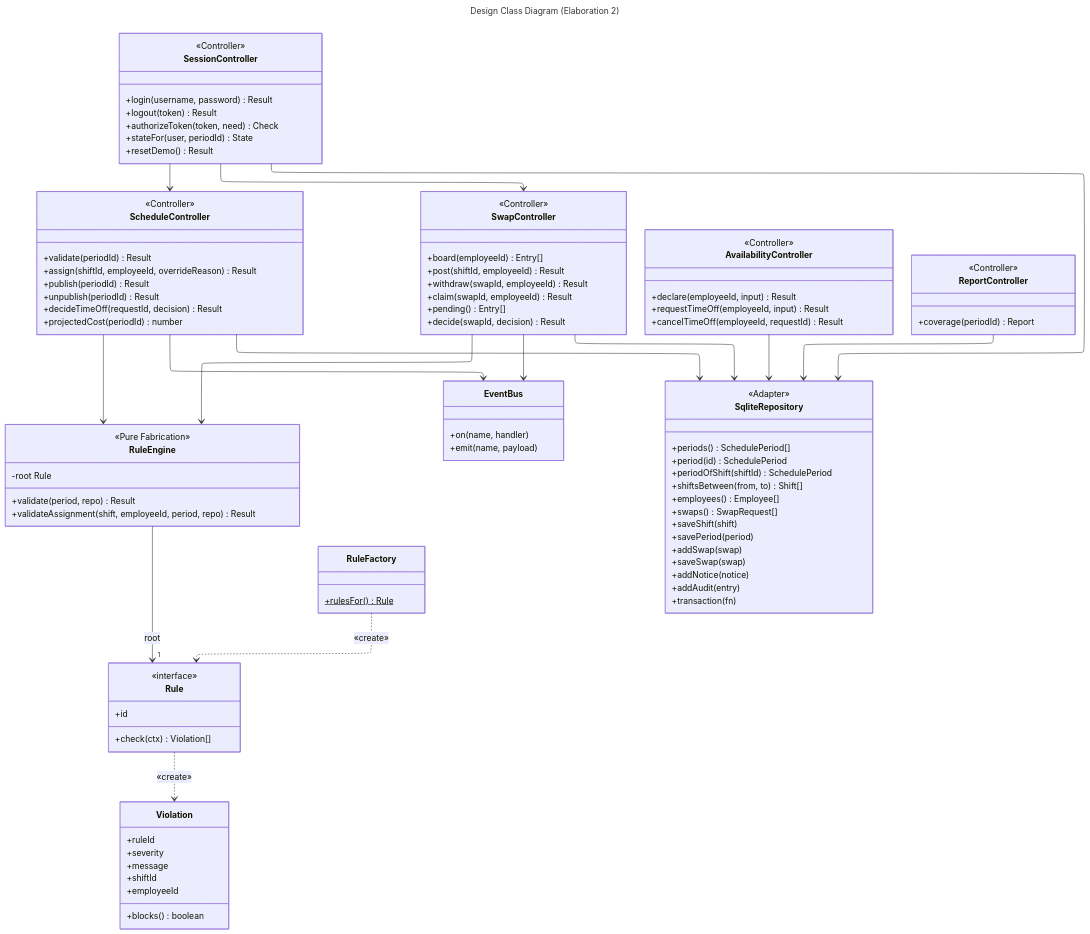
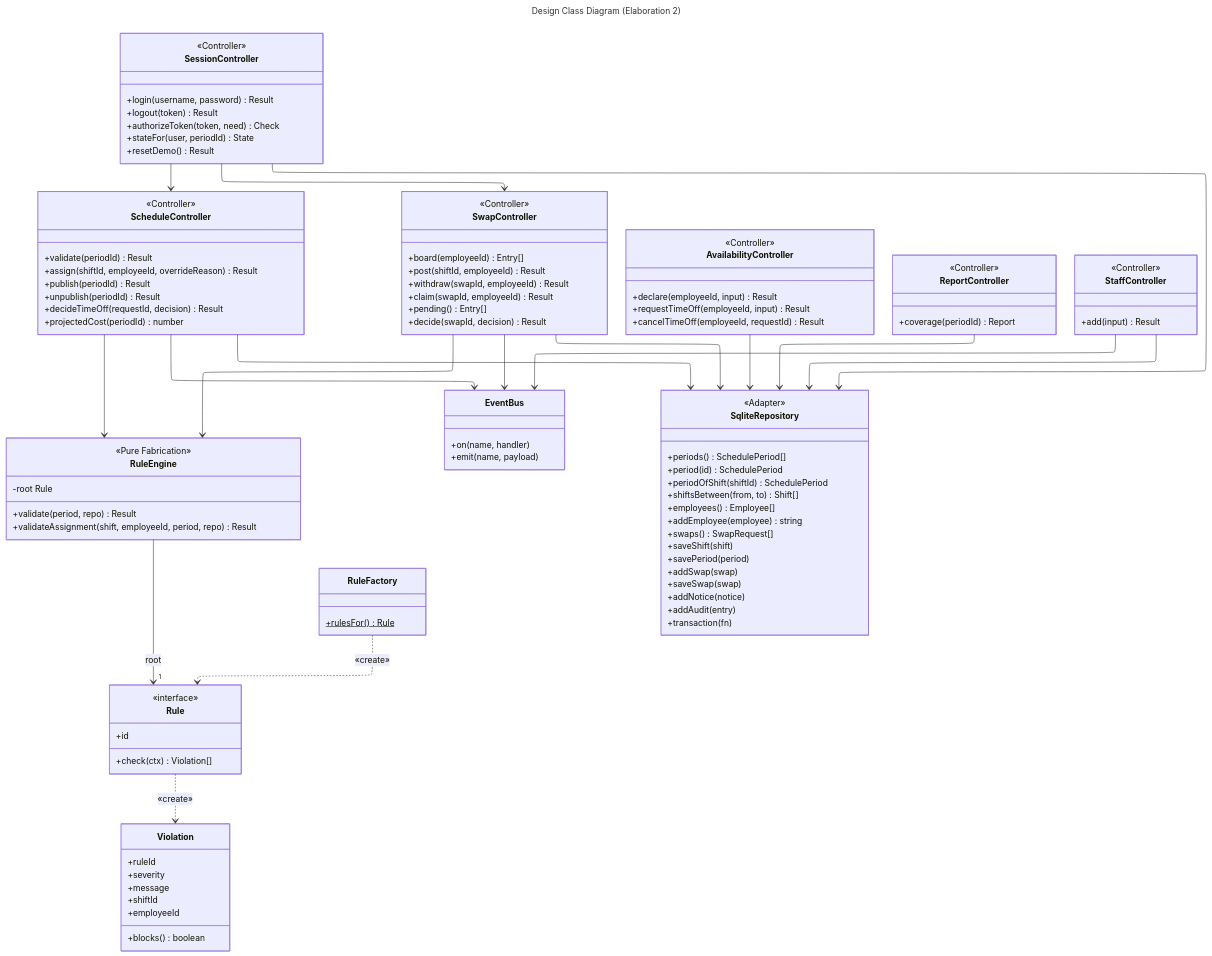
Before and after one commit to perfettiful/ShiftChex: the diagram in diagrams/mmd/design/classdiagram.mmd, drawn with Mermaid. The commit also changed 3 other files, not shown here.

```diff
--- a/diagrams/mmd/design/classdiagram.mmd
+++ b/diagrams/mmd/design/classdiagram.mmd
@@ -1,103 +1,110 @@
 ---
 title: Design Class Diagram (Elaboration 2)
 config:
   layout: elk
 ---
 %% the application layer. every system operation from the SSDs lands on one
-%% of the five controllers, and only the repository ever sees SQL.
+%% of the six controllers, and only the repository ever sees SQL.
 %% a periodId that's left out means the week being worked on (the first draft)
 classDiagram
     direction TB
     class ScheduleController {
         <<Controller>>
         +validate(periodId) Result
         +assign(shiftId, employeeId, overrideReason) Result
         +publish(periodId) Result
         +unpublish(periodId) Result
         +decideTimeOff(requestId, decision) Result
         +projectedCost(periodId) number
     }
     class SwapController {
         <<Controller>>
         +board(employeeId) Entry[]
         +post(shiftId, employeeId) Result
         +withdraw(swapId, employeeId) Result
         +claim(swapId, employeeId) Result
         +pending() Entry[]
         +decide(swapId, decision) Result
     }
     class AvailabilityController {
         <<Controller>>
         +declare(employeeId, input) Result
         +requestTimeOff(employeeId, input) Result
         +cancelTimeOff(employeeId, requestId) Result
     }
     class ReportController {
         <<Controller>>
         +coverage(periodId) Report
     }
     class SessionController {
         <<Controller>>
         +login(username, password) Result
         +logout(token) Result
         +authorizeToken(token, need) Check
         +stateFor(user, periodId) State
         +resetDemo() Result
     }
+    class StaffController {
+        <<Controller>>
+        +add(input) Result
+    }
     class RuleEngine {
         <<Pure Fabrication>>
         -root Rule
         +validate(period, repo) Result
         +validateAssignment(shift, employeeId, period, repo) Result
     }
     class RuleFactory {
         +rulesFor()$ Rule
     }
     class Rule {
         <<interface>>
         +id
         +check(ctx) Violation[]
     }
     class EventBus {
         +on(name, handler)
         +emit(name, payload)
     }
     class SqliteRepository {
         <<Adapter>>
         +periods() SchedulePeriod[]
         +period(id) SchedulePeriod
         +periodOfShift(shiftId) SchedulePeriod
         +shiftsBetween(from, to) Shift[]
         +employees() Employee[]
+        +addEmployee(employee) string
         +swaps() SwapRequest[]
         +saveShift(shift)
         +savePeriod(period)
         +addSwap(swap)
         +saveSwap(swap)
         +addNotice(notice)
         +addAudit(entry)
         +transaction(fn)
     }
     class Violation {
         +ruleId
         +severity
         +message
         +shiftId
         +employeeId
         +blocks() boolean
     }
 
     SessionController --> ScheduleController
     SessionController --> SwapController
     SessionController --> SqliteRepository
     ScheduleController --> RuleEngine
     SwapController --> RuleEngine
     ScheduleController --> EventBus
     SwapController --> EventBus
     ScheduleController --> SqliteRepository
     SwapController --> SqliteRepository
     AvailabilityController --> SqliteRepository
     ReportController --> SqliteRepository
+    StaffController --> EventBus
+    StaffController --> SqliteRepository
     RuleEngine --> "1" Rule : root
     RuleFactory ..> Rule : «create»
     Rule ..> Violation : «create»
```
